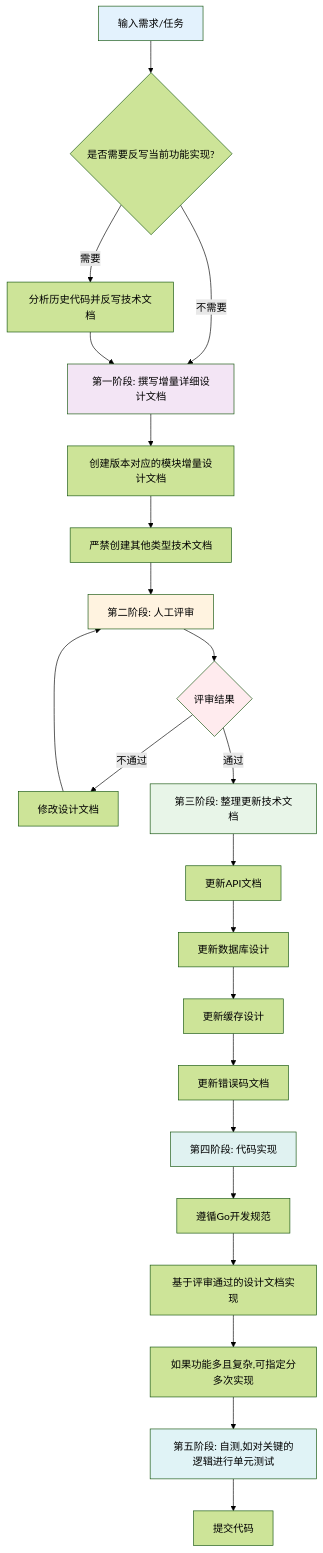
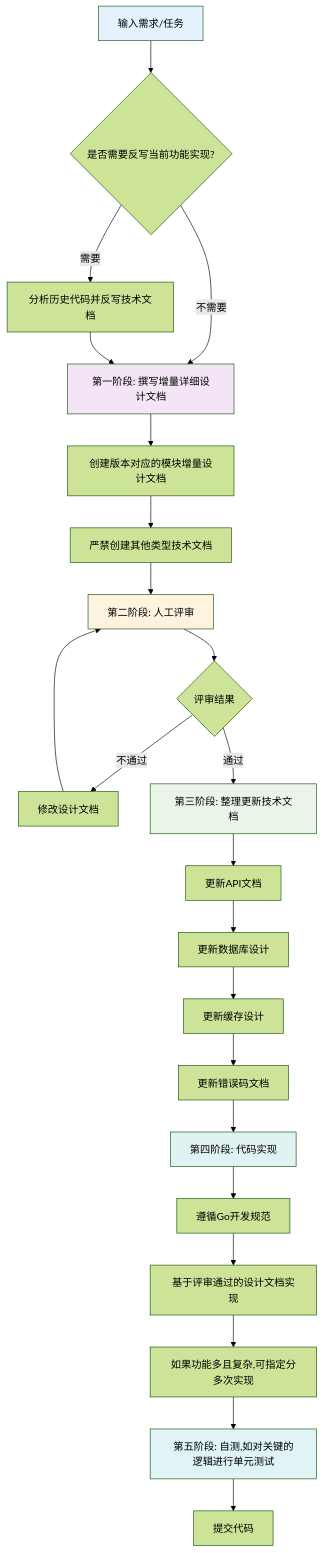
Before and after one commit to yingjianzh/iodraw-files: the diagram in all/未命名-3.md, drawn with Mermaid (forest theme).

Commit message:
2025-10-23 17:59:41 update

````diff
--- a/all/未命名-3.md
+++ b/all/未命名-3.md
@@ -1,33 +1,32 @@
 ```mermaid
 flowchart TD
     A[输入需求/任务] --> B{是否需要反写当前功能实现?}
     B -->|需要| C[分析历史代码并反写技术文档]
     B -->|不需要| D[第一阶段: 撰写增量详细设计文档]
     C --> D
     
     D --> E[创建版本对应的模块增量设计文档]
     E --> F[严禁创建其他类型技术文档]
     F --> G[第二阶段: 人工评审]
     G --> H{评审结果}
     H -->|不通过| I[修改设计文档]
     I --> G
     H -->|通过| J[第三阶段: 整理更新技术文档]
     J --> K[更新API文档]
     K --> L[更新数据库设计]
     L --> M[更新缓存设计]
     M --> N[更新错误码文档]
     N --> O[第四阶段: 代码实现]
     O --> P[遵循Go开发规范]
     P --> Q[基于评审通过的设计文档实现]
     Q --> R[如果功能多且复杂,可指定分多次实现]
     R --> S[第五阶段: 自测,如对关键的逻辑进行单元测试]
     S --> T[提交代码]
     
     style A fill:#e3f2fd
     style D fill:#f3e5f5
     style G fill:#fff3e0
-    style H fill:#ffebee
     style J fill:#e8f5e8
     style O fill:#e0f2f1
     style S fill:#e0f3f6
 ```
````
